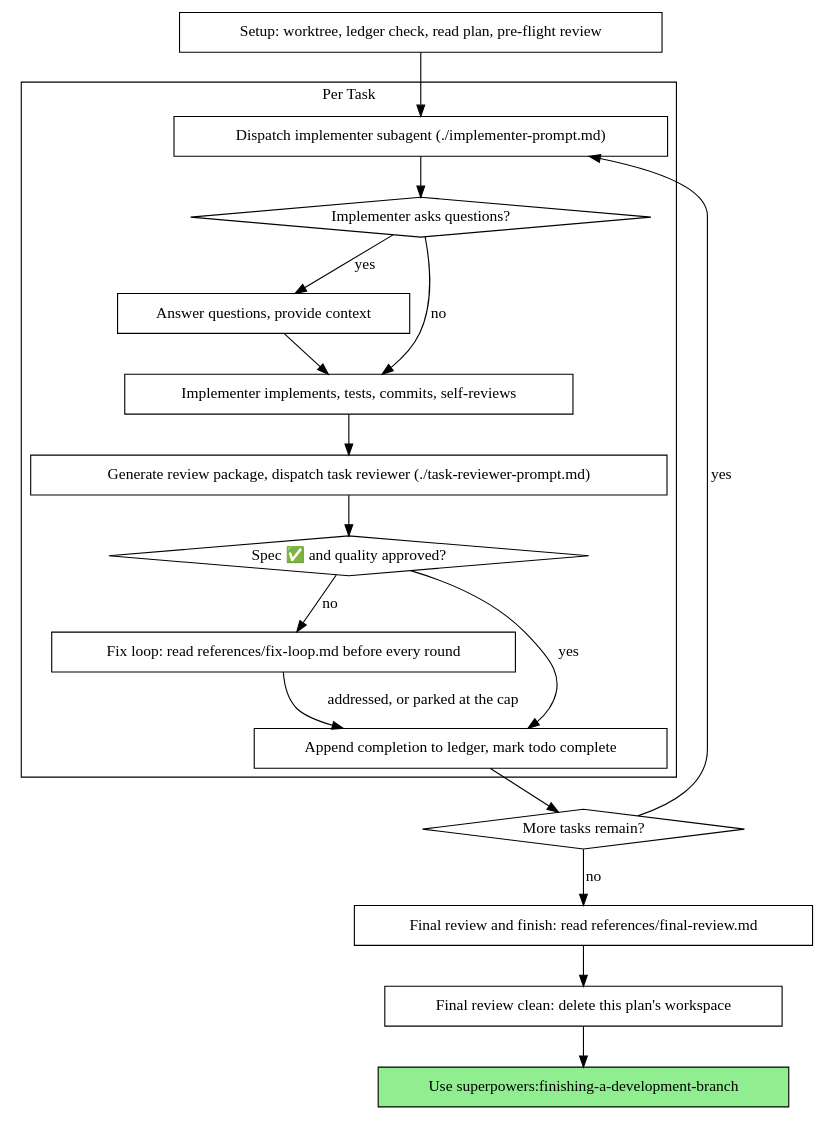
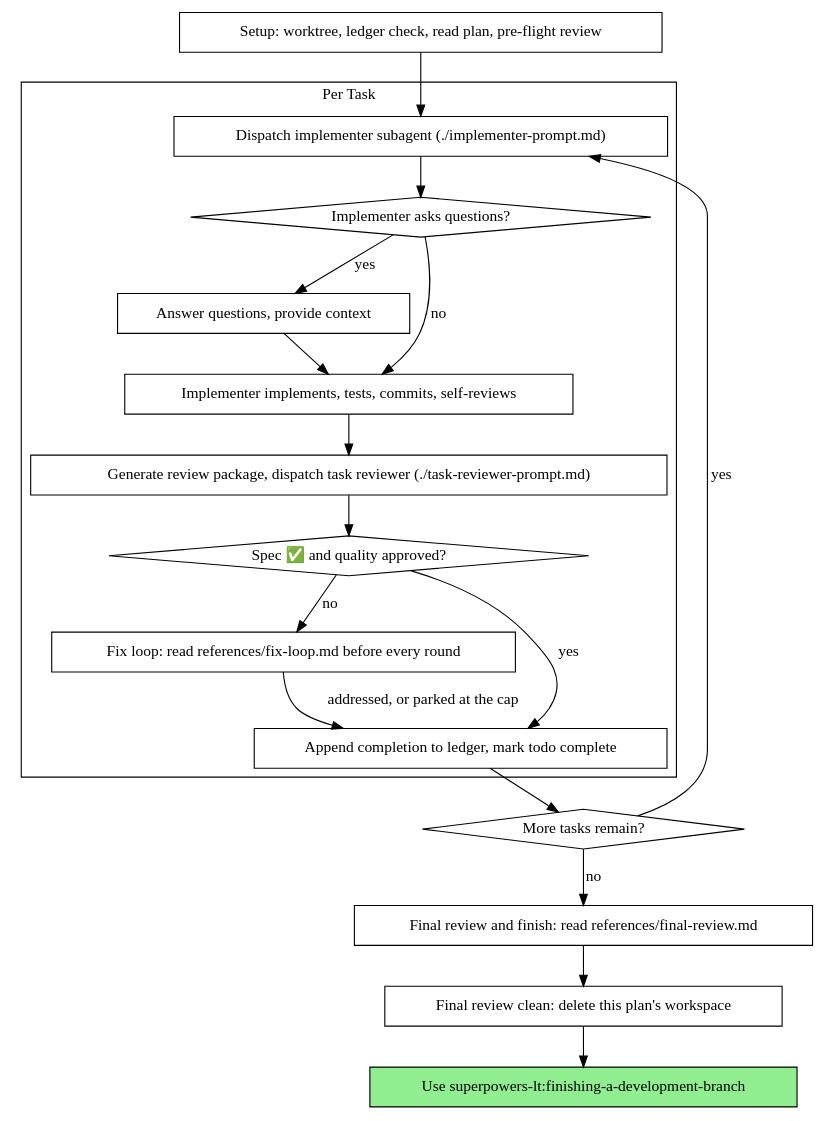
Before and after one commit to obra/superpowers: the second of 2 diagrams in skills/subagent-driven-development/SKILL.md, drawn with Graphviz. The commit also changed other lines of this file and 23 other files, not shown here.

````diff
--- a/skills/subagent-driven-development/SKILL.md
+++ b/skills/subagent-driven-development/SKILL.md
@@ -61,39 +61,39 @@
 ```dot
 digraph process {
     rankdir=TB;
 
     subgraph cluster_per_task {
         label="Per Task";
         "Dispatch implementer subagent (./implementer-prompt.md)" [shape=box];
         "Implementer asks questions?" [shape=diamond];
         "Answer questions, provide context" [shape=box];
         "Implementer implements, tests, commits, self-reviews" [shape=box];
         "Generate review package, dispatch task reviewer (./task-reviewer-prompt.md)" [shape=box];
         "Spec ✅ and quality approved?" [shape=diamond];
         "Fix loop: read references/fix-loop.md before every round" [shape=box];
         "Append completion to ledger, mark todo complete" [shape=box];
     }
 
     "Setup: worktree, ledger check, read plan, pre-flight review" [shape=box];
     "More tasks remain?" [shape=diamond];
     "Final review and finish: read references/final-review.md" [shape=box];
     "Final review clean: delete this plan's workspace" [shape=box];
-    "Use superpowers:finishing-a-development-branch" [shape=box style=filled fillcolor=lightgreen];
+    "Use superpowers-lt:finishing-a-development-branch" [shape=box style=filled fillcolor=lightgreen];
 
     "Setup: worktree, ledger check, read plan, pre-flight review" -> "Dispatch implementer subagent (./implementer-prompt.md)";
     "Dispatch implementer subagent (./implementer-prompt.md)" -> "Implementer asks questions?";
     "Implementer asks questions?" -> "Answer questions, provide context" [label="yes"];
     "Answer questions, provide context" -> "Implementer implements, tests, commits, self-reviews";
     "Implementer asks questions?" -> "Implementer implements, tests, commits, self-reviews" [label="no"];
     "Implementer implements, tests, commits, self-reviews" -> "Generate review package, dispatch task reviewer (./task-reviewer-prompt.md)";
     "Generate review package, dispatch task reviewer (./task-reviewer-prompt.md)" -> "Spec ✅ and quality approved?";
     "Spec ✅ and quality approved?" -> "Append completion to ledger, mark todo complete" [label="yes"];
     "Spec ✅ and quality approved?" -> "Fix loop: read references/fix-loop.md before every round" [label="no"];
     "Fix loop: read references/fix-loop.md before every round" -> "Append completion to ledger, mark todo complete" [label="addressed, or parked at the cap"];
     "Append completion to ledger, mark todo complete" -> "More tasks remain?";
     "More tasks remain?" -> "Dispatch implementer subagent (./implementer-prompt.md)" [label="yes"];
     "More tasks remain?" -> "Final review and finish: read references/final-review.md" [label="no"];
     "Final review and finish: read references/final-review.md" -> "Final review clean: delete this plan's workspace";
-    "Final review clean: delete this plan's workspace" -> "Use superpowers:finishing-a-development-branch";
+    "Final review clean: delete this plan's workspace" -> "Use superpowers-lt:finishing-a-development-branch";
 }
 ```
````
